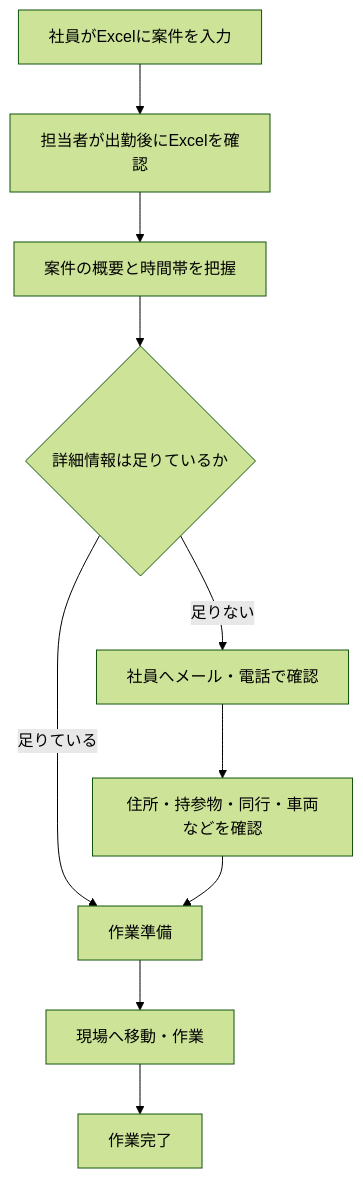
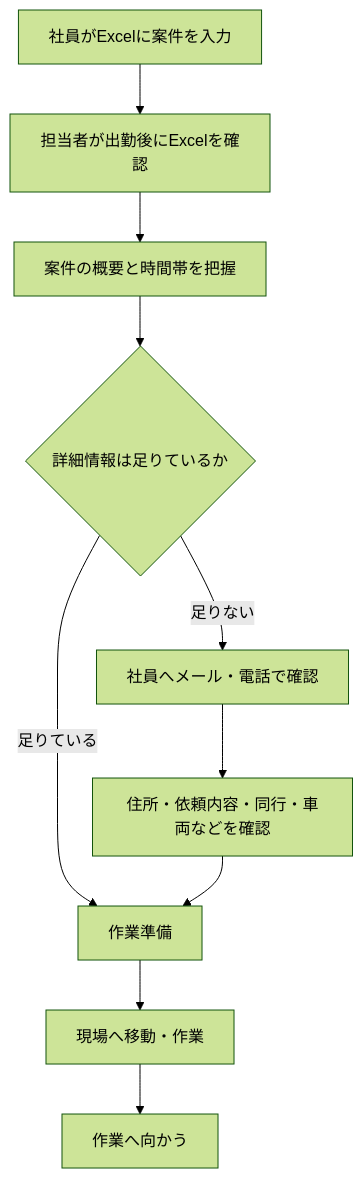
One commit to yuya-dev-dev/schedule-system changed the first of 2 diagrams in docs/business-flow.md. Above: the diagram before and after it, drawn with Mermaid (forest theme). The commit also changed other lines of this file and 7 other files, not shown here.

````diff
--- a/docs/business-flow.md
+++ b/docs/business-flow.md
@@ -7,12 +7,12 @@
 ```mermaid
 flowchart TD
     A["社員がExcelに案件を入力"] --> B["担当者が出勤後にExcelを確認"]
     B --> C["案件の概要と時間帯を把握"]
     C --> D{"詳細情報は足りているか"}
     D -- "足りている" --> E["作業準備"]
     D -- "足りない" --> F["社員へメール・電話で確認"]
-    F --> G["住所・持参物・同行・車両などを確認"]
+    F --> G["住所・依頼内容・同行・車両などを確認"]
     G --> E
     E --> H["現場へ移動・作業"]
-    H --> I["作業完了"]
+    H --> I["作業へ向かう"]
 ```
````
